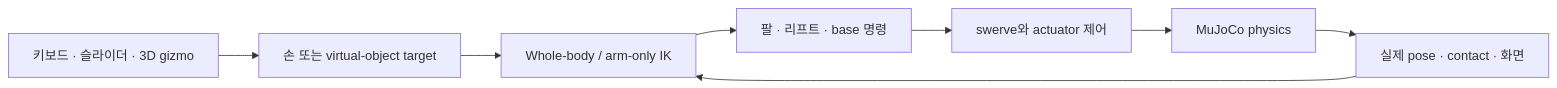
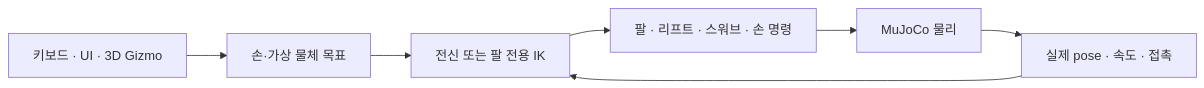
Before and after one commit to Geonhee-LEE/aiworker-mj-lab: the diagram in docs/index.md, drawn with Mermaid. The commit also changed other lines of this file and 54 other files, not shown here.

````diff
--- a/docs/index.md
+++ b/docs/index.md
@@ -56,10 +50,9 @@
 ```mermaid
 flowchart LR
-    U["키보드 · 슬라이더 · 3D gizmo"] --> T["손 또는 virtual-object target"]
-    T --> IK["Whole-body / arm-only IK"]
-    IK --> C["팔 · 리프트 · base 명령"]
-    C --> S["swerve와 actuator 제어"]
-    S --> P["MuJoCo physics"]
-    P --> F["실제 pose · contact · 화면"]
-    F --> IK
+    INPUT["키보드 · UI · 3D Gizmo"] --> TARGET["손·가상 물체 목표"]
+    TARGET --> IK["전신 또는 팔 전용 IK"]
+    IK --> CTRL["팔 · 리프트 · 스워브 · 손 명령"]
+    CTRL --> MJ["MuJoCo 물리"]
+    MJ --> STATE["실제 pose · 속도 · 접촉"]
+    STATE --> IK
 ```
````
